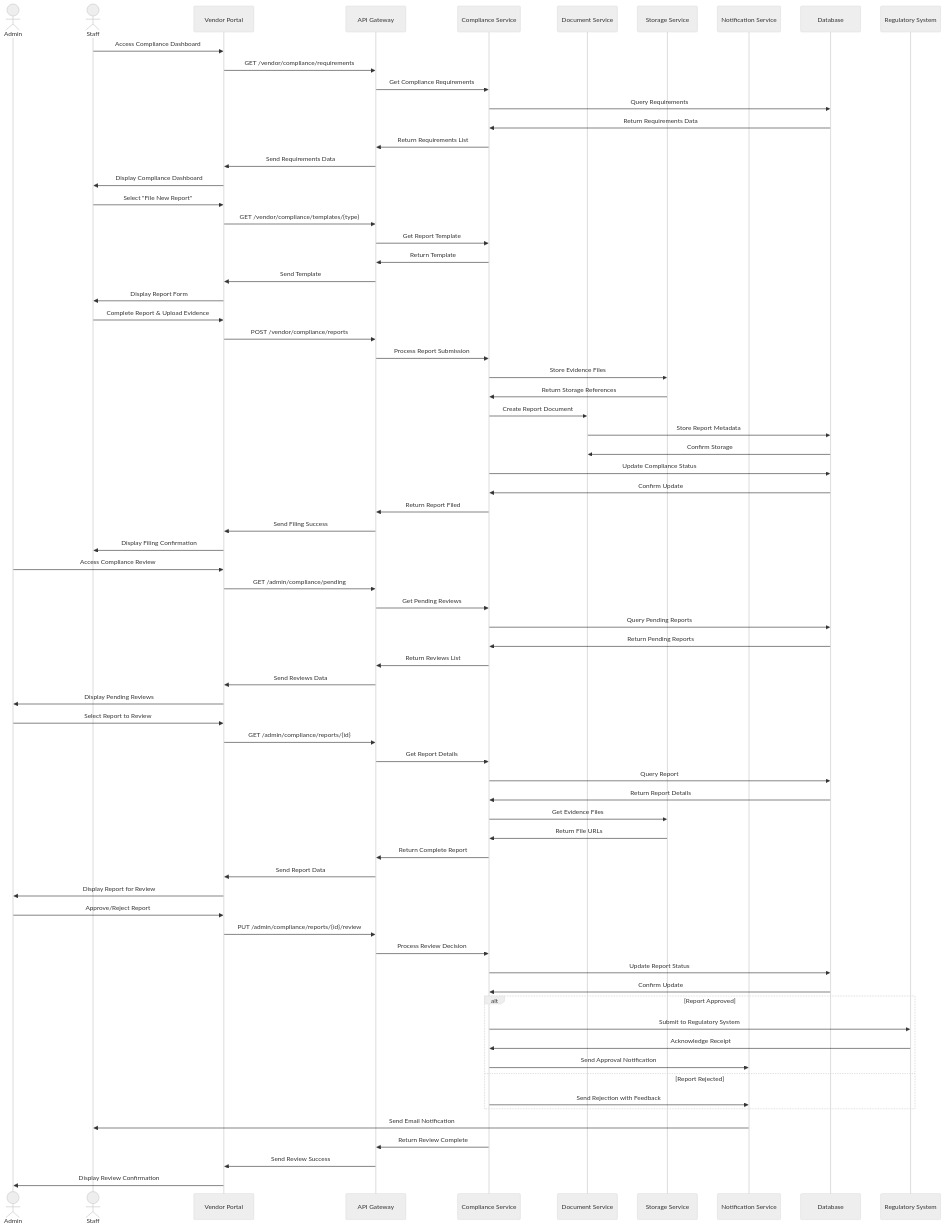
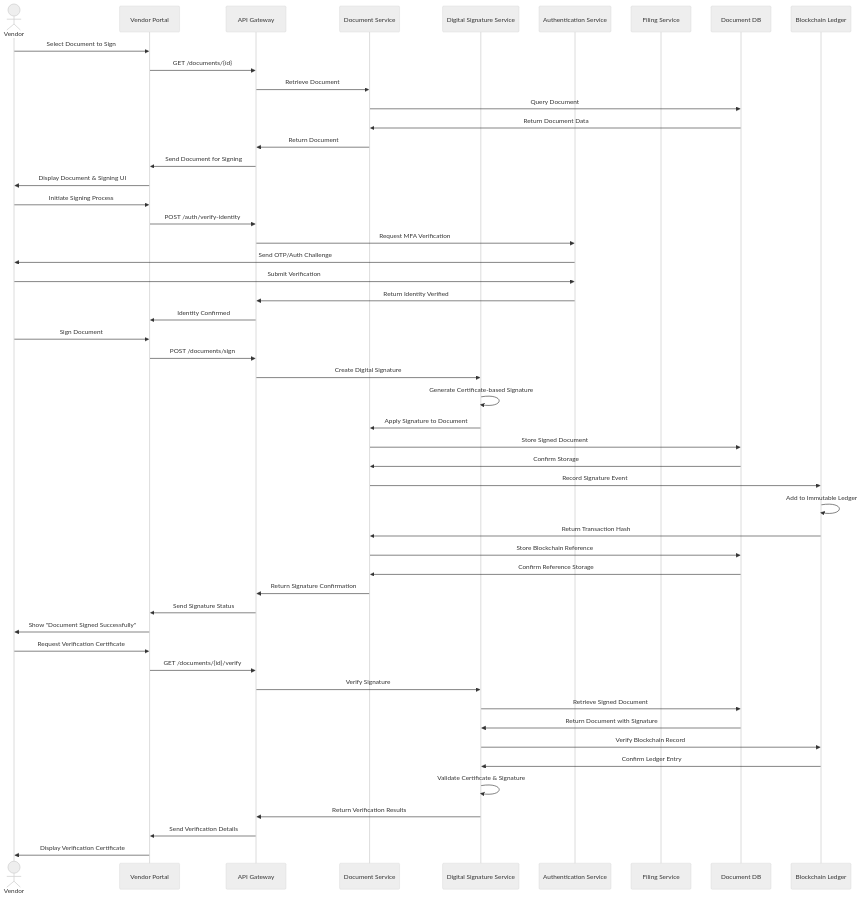
Before and after one commit to winsitoruser/Petpro: the third of 4 diagrams in docs/architecture/detailed-sequence-diagrams/filing-system-flow.md, drawn with Mermaid (neutral theme). The commit also changed 3 other files, not shown here.

Commit message:
Enhance sequence diagrams with advanced features and detailed flows

````diff
--- a/docs/architecture/detailed-sequence-diagrams/filing-system-flow.md
+++ b/docs/architecture/detailed-sequence-diagrams/filing-system-flow.md
@@ -208,92 +210,66 @@
 ```mermaid
 sequenceDiagram
-    actor Admin
-    actor Staff
+    actor Vendor
     participant VendorPortal as Vendor Portal
     participant APIGateway as API Gateway
-    participant ComplianceService as Compliance Service
     participant DocumentService as Document Service
-    participant StorageService as Storage Service
-    participant NotificationService as Notification Service
-    participant DB as Database
-    participant ExternalSystem as Regulatory System
+    participant SignatureService as Digital Signature Service
+    participant AuthService as Authentication Service
+    participant FilingService as Filing Service
+    participant DB as Document DB
+    participant BlockchainService as Blockchain Ledger
     
-    %% View Compliance Requirements
-    Staff->>VendorPortal: Access Compliance Dashboard
-    VendorPortal->>APIGateway: GET /vendor/compliance/requirements
-    APIGateway->>ComplianceService: Get Compliance Requirements
-    ComplianceService->>DB: Query Requirements
-    DB->>ComplianceService: Return Requirements Data
-    ComplianceService->>APIGateway: Return Requirements List
-    APIGateway->>VendorPortal: Send Requirements Data
-    VendorPortal->>Staff: Display Compliance Dashboard
+    %% Request Document Signing
+    Vendor->>VendorPortal: Select Document to Sign
+    VendorPortal->>APIGateway: GET /documents/{id}
+    APIGateway->>DocumentService: Retrieve Document
+    DocumentService->>DB: Query Document
+    DB->>DocumentService: Return Document Data
+    DocumentService->>APIGateway: Return Document
+    APIGateway->>VendorPortal: Send Document for Signing
+    VendorPortal->>Vendor: Display Document & Signing UI
     
-    %% File Compliance Report
-    Staff->>VendorPortal: Select "File New Report"
-    VendorPortal->>APIGateway: GET /vendor/compliance/templates/{type}
-    APIGateway->>ComplianceService: Get Report Template
-    ComplianceService->>APIGateway: Return Template
-    APIGateway->>VendorPortal: Send Template
-    VendorPortal->>Staff: Display Report Form
+    %% Authenticate for Signing
+    Vendor->>VendorPortal: Initiate Signing Process
+    VendorPortal->>APIGateway: POST /auth/verify-identity
+    APIGateway->>AuthService: Request MFA Verification
+    AuthService->>Vendor: Send OTP/Auth Challenge
+    Vendor->>AuthService: Submit Verification
+    AuthService->>APIGateway: Return Identity Verified
+    APIGateway->>VendorPortal: Identity Confirmed
     
-    Staff->>VendorPortal: Complete Report & Upload Evidence
-    VendorPortal->>APIGateway: POST /vendor/compliance/reports
-    APIGateway->>ComplianceService: Process Report Submission
-    
-    ComplianceService->>StorageService: Store Evidence Files
-    StorageService->>ComplianceService: Return Storage References
-    
-    ComplianceService->>DocumentService: Create Report Document
-    DocumentService->>DB: Store Report Metadata
+    %% Create Digital Signature
+    Vendor->>VendorPortal: Sign Document
+    VendorPortal->>APIGateway: POST /documents/sign
+    APIGateway->>SignatureService: Create Digital Signature
+    SignatureService->>SignatureService: Generate Certificate-based Signature
+    SignatureService->>DocumentService: Apply Signature to Document
+    DocumentService->>DB: Store Signed Document
     DB->>DocumentService: Confirm Storage
     
-    ComplianceService->>DB: Update Compliance Status
-    DB->>ComplianceService: Confirm Update
+    %% Create Audit Trail
+    DocumentService->>BlockchainService: Record Signature Event
+    BlockchainService->>BlockchainService: Add to Immutable Ledger
+    BlockchainService->>DocumentService: Return Transaction Hash
+    DocumentService->>DB: Store Blockchain Reference
+    DB->>DocumentService: Confirm Reference Storage
     
-    ComplianceService->>APIGateway: Return Report Filed
-    APIGateway->>VendorPortal: Send Filing Success
-    VendorPortal->>Staff: Display Filing Confirmation
+    DocumentService->>APIGateway: Return Signature Confirmation
+    APIGateway->>VendorPortal: Send Signature Status
+    VendorPortal->>Vendor: Show "Document Signed Successfully"
     
-    %% Admin Review
-    Admin->>VendorPortal: Access Compliance Review
-    VendorPortal->>APIGateway: GET /admin/compliance/pending
-    APIGateway->>ComplianceService: Get Pending Reviews
-    ComplianceService->>DB: Query Pending Reports
-    DB->>ComplianceService: Return Pending Reports
-    ComplianceService->>APIGateway: Return Reviews List
-    APIGateway->>VendorPortal: Send Reviews Data
-    VendorPortal->>Admin: Display Pending Reviews
+    %% Signature Verification Process
+    Vendor->>VendorPortal: Request Verification Certificate
+    VendorPortal->>APIGateway: GET /documents/{id}/verify
+    APIGateway->>SignatureService: Verify Signature
+    SignatureService->>DB: Retrieve Signed Document
+    DB->>SignatureService: Return Document with Signature
     
-    Admin->>VendorPortal: Select Report to Review
-    VendorPortal->>APIGateway: GET /admin/compliance/reports/{id}
-    APIGateway->>ComplianceService: Get Report Details
-    ComplianceService->>DB: Query Report
-    DB->>ComplianceService: Return Report Details
+    SignatureService->>BlockchainService: Verify Blockchain Record
+    BlockchainService->>SignatureService: Confirm Ledger Entry
     
-    ComplianceService->>StorageService: Get Evidence Files
-    StorageService->>ComplianceService: Return File URLs
-    
-    ComplianceService->>APIGateway: Return Complete Report
-    APIGateway->>VendorPortal: Send Report Data
-    VendorPortal->>Admin: Display Report for Review
-    
-    Admin->>VendorPortal: Approve/Reject Report
-    VendorPortal->>APIGateway: PUT /admin/compliance/reports/{id}/review
-    APIGateway->>ComplianceService: Process Review Decision
-    ComplianceService->>DB: Update Report Status
-    DB->>ComplianceService: Confirm Update
-    
-    alt Report Approved
-        ComplianceService->>ExternalSystem: Submit to Regulatory System
-        ExternalSystem->>ComplianceService: Acknowledge Receipt
-        ComplianceService->>NotificationService: Send Approval Notification
-    else Report Rejected
-        ComplianceService->>NotificationService: Send Rejection with Feedback
-    end
-    
-    NotificationService->>Staff: Send Email Notification
-    
-    ComplianceService->>APIGateway: Return Review Complete
-    APIGateway->>VendorPortal: Send Review Success
-    VendorPortal->>Admin: Display Review Confirmation
+    SignatureService->>SignatureService: Validate Certificate & Signature
+    SignatureService->>APIGateway: Return Verification Results
+    APIGateway->>VendorPortal: Send Verification Details
+    VendorPortal->>Vendor: Display Verification Certificate
 ```
````
